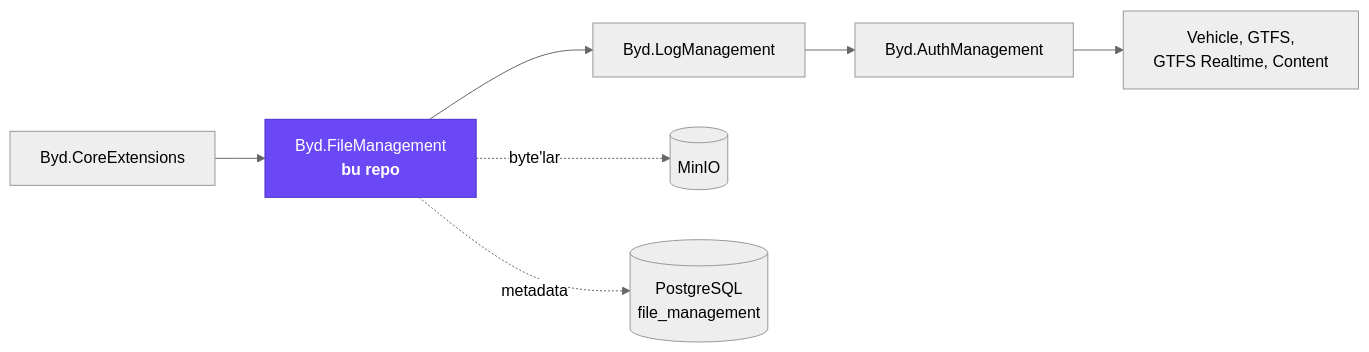
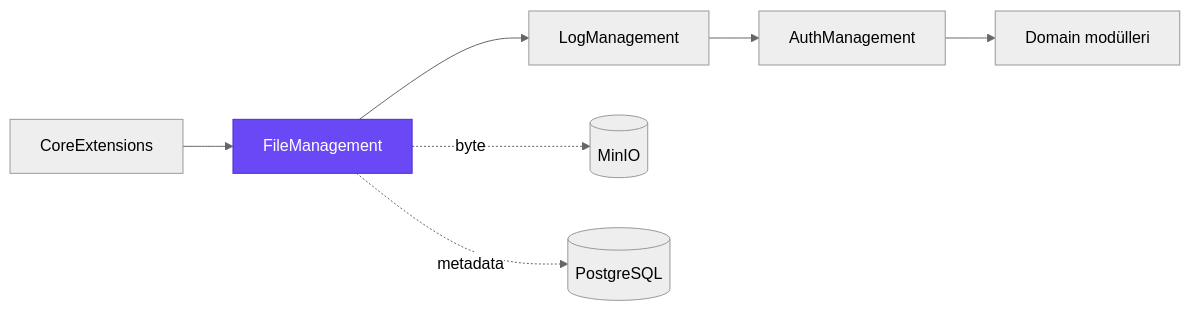
The first of 3 diagrams in README.md (mertbyd/byd-file-management-api), drawn with Mermaid (neutral theme) before and after one commit. The commit also changed other lines of this file, not shown here.

````diff
--- a/README.md
+++ b/README.md
@@ -29,10 +6,7 @@
 ```mermaid
 flowchart LR
-    CORE[Byd.CoreExtensions] --> FILE[Byd.FileManagement<br/><b>bu repo</b>]
-    FILE --> LOG[Byd.LogManagement]
-    LOG --> AUTH[Byd.AuthManagement]
-    AUTH --> MODS[Vehicle, GTFS,<br/>GTFS Realtime, Content]
-    FILE -. byte'lar .-> MINIO[(MinIO)]
-    FILE -. metadata .-> PG[(PostgreSQL<br/>file_management)]
+    CORE[CoreExtensions] --> FILE[FileManagement] --> LOG[LogManagement] --> AUTH[AuthManagement] --> MODS[Domain modülleri]
+    FILE -. byte .-> MINIO[(MinIO)]
+    FILE -. metadata .-> PG[(PostgreSQL)]
     style FILE fill:#6a48f5,color:#fff,stroke:#4a2fd0
 ```
````
